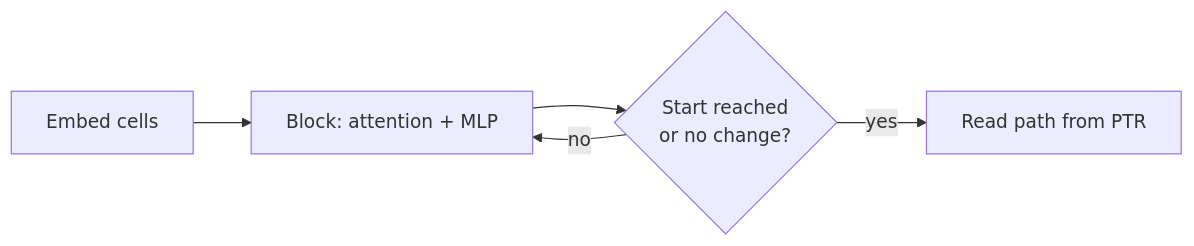
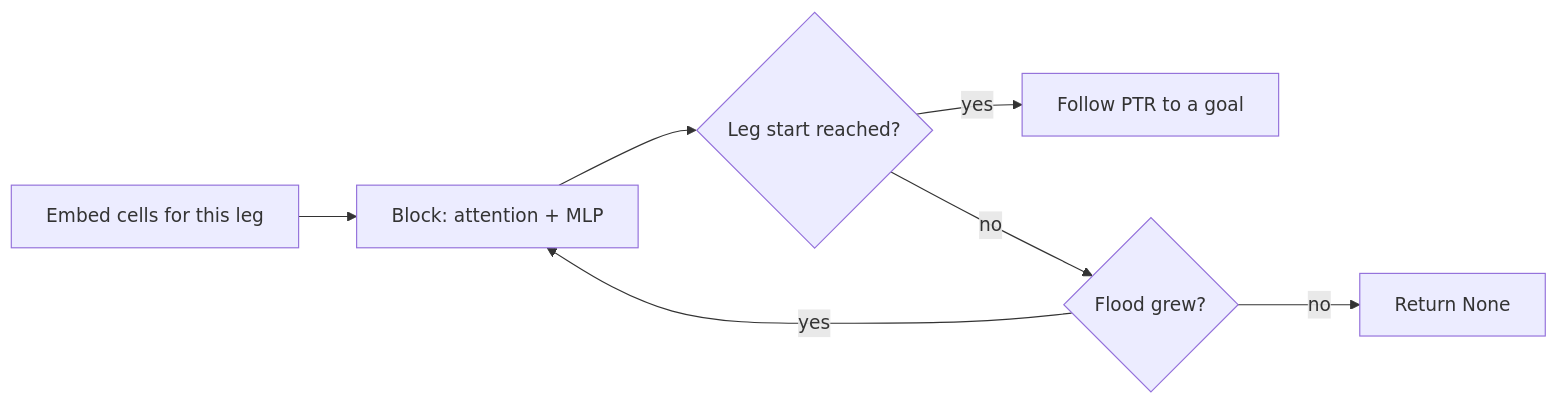
The diagram in docs/src/reference/model.md (abbra/labyrinth), drawn with Mermaid before and after one commit. The commit also changed other lines of this file and 1 other file, not shown here.

````diff
--- a/docs/src/reference/model.md
+++ b/docs/src/reference/model.md
@@ -91,7 +108,9 @@
 ```mermaid
 flowchart LR
-    E[Embed cells] --> B[Block: attention + MLP]
-    B --> C{Start reached<br/>or no change?}
-    C -- no --> B
-    C -- yes --> R[Read path from PTR]
+    E[Embed cells for this leg] --> B[Block: attention + MLP]
+    B --> C{Leg start reached?}
+    C -- yes --> R[Follow PTR to a goal]
+    C -- no --> F{Flood grew?}
+    F -- yes --> B
+    F -- no --> N[Return None]
 ```
````
